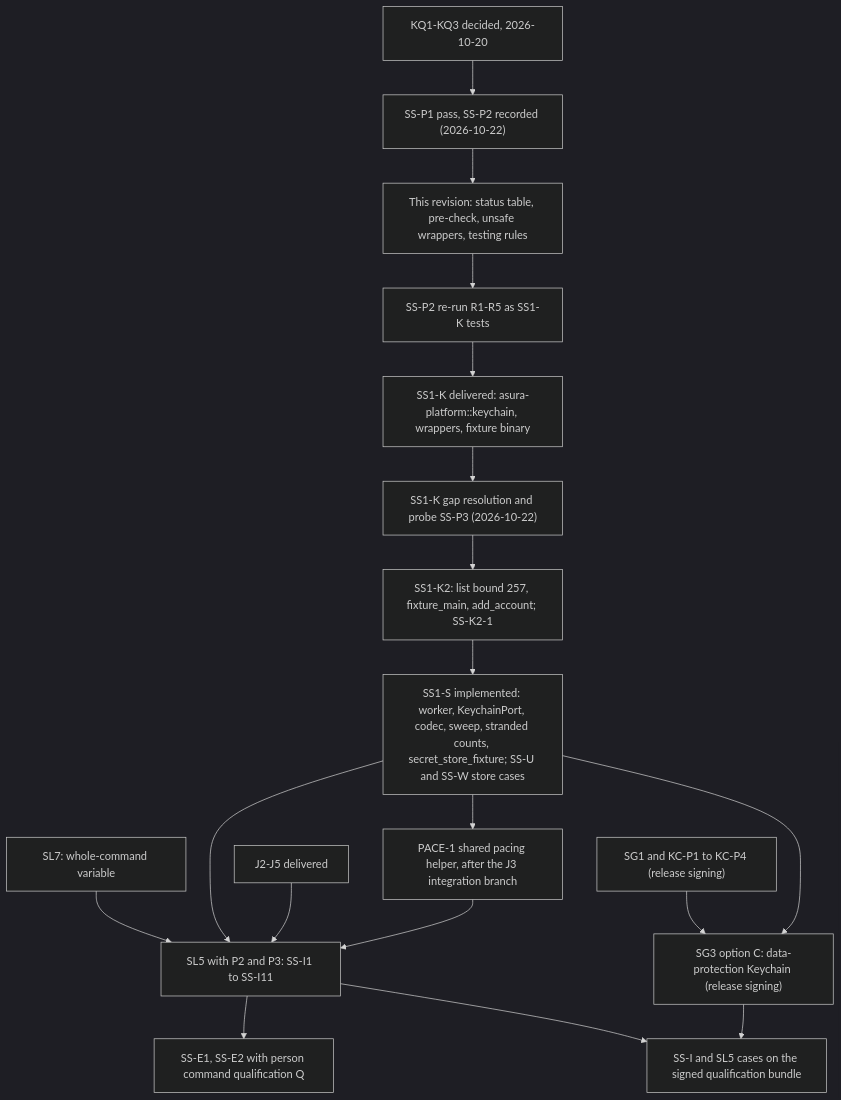
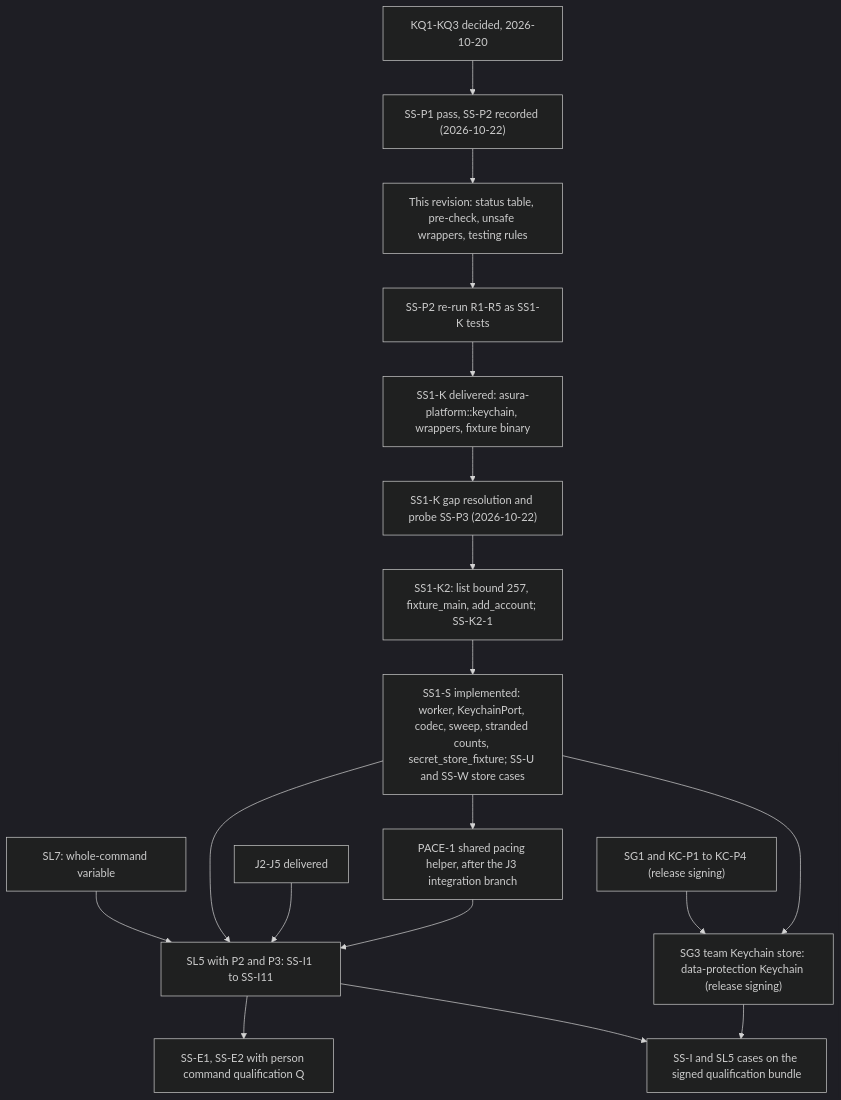
One commit to pidster/asura changed the fourth of 4 diagrams in docs/designs/secret-store.md. Above: the diagram before and after it, drawn with Mermaid (dark theme). The commit also changed other lines of this file and 4 other files, not shown here.

First line of the commit message:
Name the team Keychain store apart from EXD-3 option C

````diff
--- a/docs/designs/secret-store.md
+++ b/docs/designs/secret-store.md
@@ -918,20 +918,20 @@
 ```mermaid
 flowchart TD
     KQ["KQ1-KQ3 decided, 2026-10-20"] --> Probe["SS-P1 pass, SS-P2 recorded (2026-10-22)"]
     Probe --> Rev["This revision: status table, pre-check, unsafe wrappers, testing rules"]
     Rev --> Rerun["SS-P2 re-run R1-R5 as SS1-K tests"]
     Rerun --> SSK["SS1-K delivered: asura-platform::keychain, wrappers, fixture binary"]
     SSK --> Gaps["SS1-K gap resolution and probe SS-P3 (2026-10-22)"]
     Gaps --> SSK2["SS1-K2: list bound 257, fixture_main, add_account; SS-K2-1"]
     SSK2 --> SSS["SS1-S implemented: worker, KeychainPort, codec, sweep, stranded counts, secret_store_fixture; SS-U and SS-W store cases"]
     SSS --> PACE["PACE-1 shared pacing helper, after the J3 integration branch"]
     PACE --> SL5
     J["J2-J5 delivered"] --> SL5["SL5 with P2 and P3: SS-I1 to SS-I11"]
     SSS --> SL5
     SL7["SL7: whole-command variable"] --> SL5
     SL5 --> E2E["SS-E1, SS-E2 with person command qualification Q"]
-    SSS --> SG3["SG3 option C: data-protection Keychain (release signing)"]
+    SSS --> SG3["SG3 team Keychain store: data-protection Keychain (release signing)"]
     SGK["SG1 and KC-P1 to KC-P4 (release signing)"] --> SG3
     SG3 --> E2E2["SS-I and SL5 cases on the signed qualification bundle"]
     SL5 --> E2E2
 ```
````
